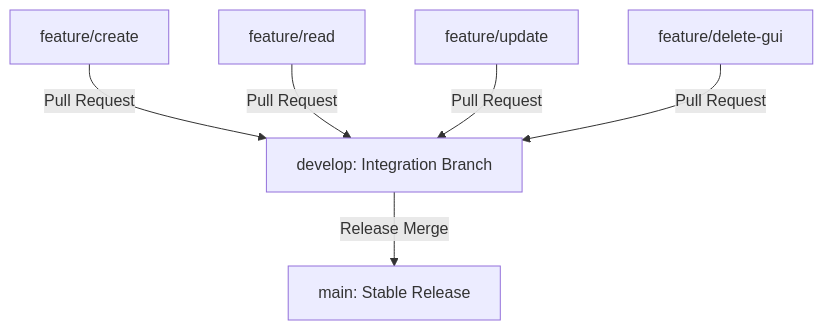
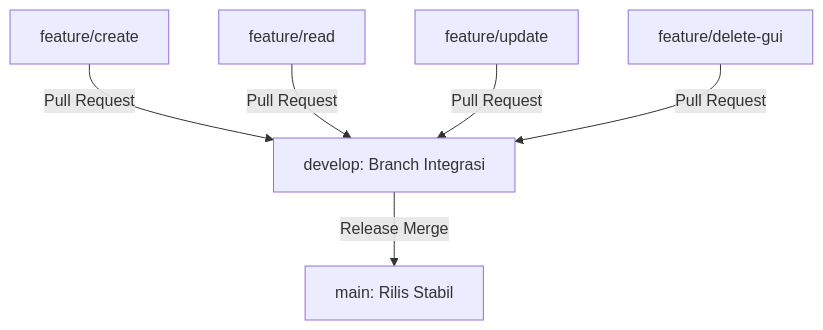
The diagram in README.md (FarrelPandhita/PEMLAN-KasirQu), drawn with Mermaid before and after one commit. The commit also changed other lines of this file, not shown here.

````diff
--- a/README.md
+++ b/README.md
@@ -36,15 +36,15 @@
 ```mermaid
 graph TD
-    main[main: Stable Release]
-    develop[develop: Integration Branch]
+    main[main: Rilis Stabil]
+    develop[develop: Branch Integrasi]
     feat_create[feature/create]
     feat_read[feature/read]
     feat_update[feature/update]
     feat_delete_gui[feature/delete-gui]
 
     feat_create -->|Pull Request| develop
     feat_read -->|Pull Request| develop
     feat_update -->|Pull Request| develop
     feat_delete_gui -->|Pull Request| develop
     develop -->|Release Merge| main
 ```
````
